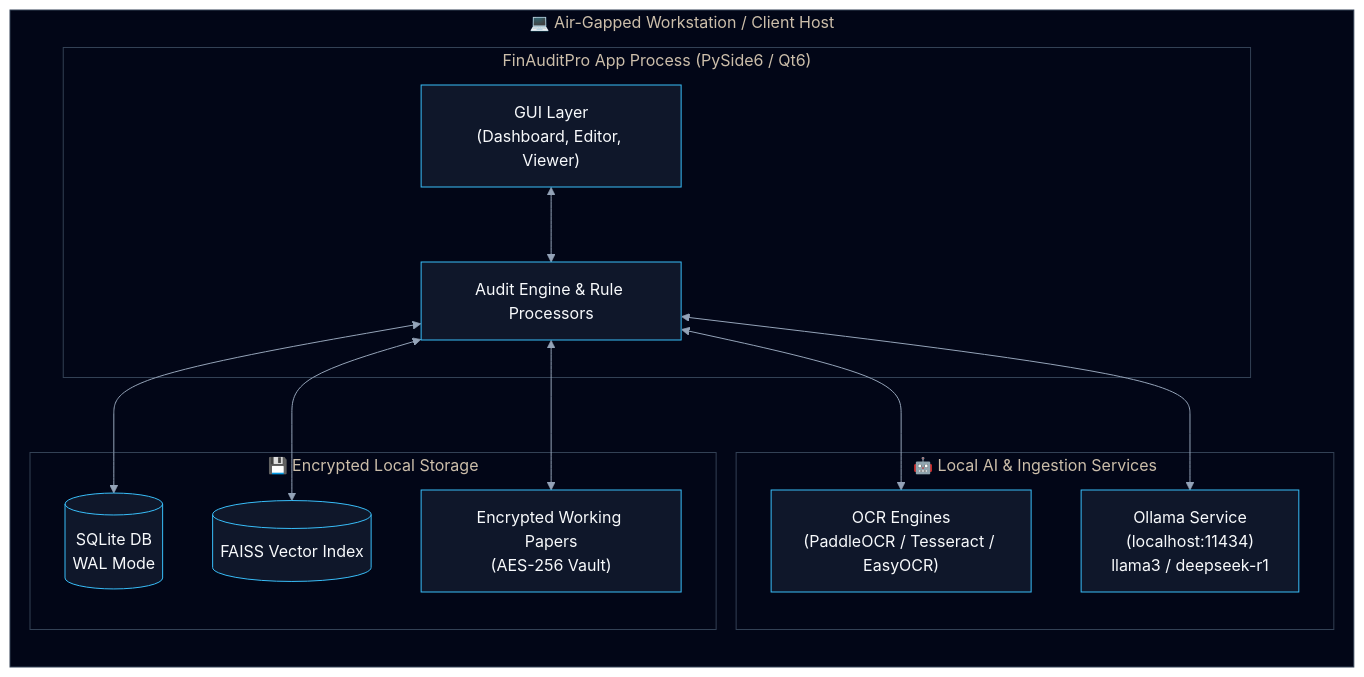
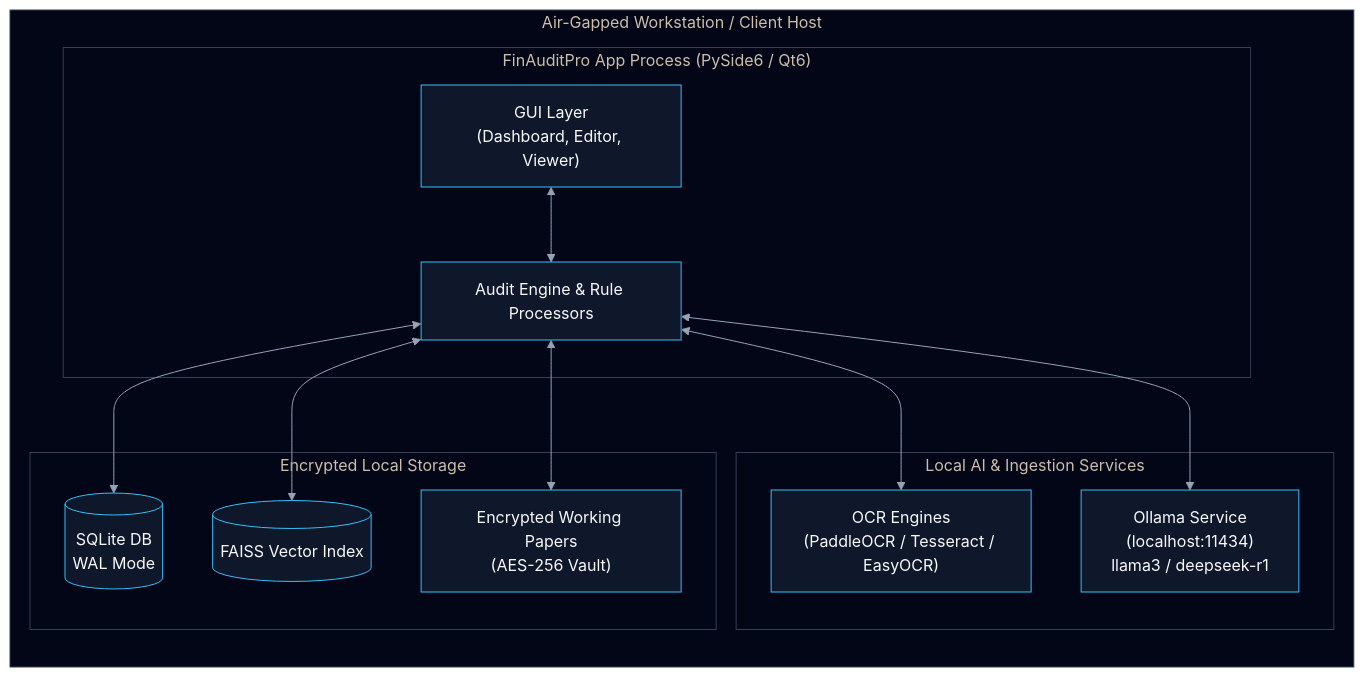
One commit to Coderaryanyadav/FinAuditPro changed the second of 3 diagrams in README.md. Above: the diagram before and after it, drawn with Mermaid. The commit also changed other lines of this file and 22 other files, not shown here.

````diff
--- a/README.md
+++ b/README.md
@@ -149,40 +149,40 @@
 ```mermaid
 %%{init: {
   'theme': 'base',
   'themeVariables': {
     'primaryColor': '#0f172a',
     'primaryTextColor': '#f8fafc',
     'primaryBorderColor': '#38bdf8',
     'lineColor': '#94a3b8',
     'secondaryColor': '#1e293b',
     'tertiaryColor': '#334155',
     'clusterBkg': '#020617',
     'clusterBorder': '#334155'
   }
 }}%%
 flowchart LR
-    subgraph ClientHost["💻 Air-Gapped Workstation / Client Host"]
+    subgraph ClientHost[" Air-Gapped Workstation / Client Host"]
         subgraph AppProcess["FinAuditPro App Process (PySide6 / Qt6)"]
             UI_Layer["GUI Layer\n(Dashboard, Editor, Viewer)"]
             Core_Engine["Audit Engine & Rule Processors"]
         end
 
-        subgraph LocalAI["🤖 Local AI & Ingestion Services"]
+        subgraph LocalAI[" Local AI & Ingestion Services"]
             OllamaDaemon["Ollama Service\n(localhost:11434)\nllama3 / deepseek-r1"]
             OCREngines["OCR Engines\n(PaddleOCR / Tesseract / EasyOCR)"]
         end
 
-        subgraph Storage["💾 Encrypted Local Storage"]
+        subgraph Storage[" Encrypted Local Storage"]
             DB[(SQLite DB\nWAL Mode)]
             FAISS_Store[(FAISS Vector Index)]
             AuditVault["Encrypted Working Papers\n(AES-256 Vault)"]
         end
     end
 
     UI_Layer <--> Core_Engine
     Core_Engine <--> OCREngines
     Core_Engine <--> OllamaDaemon
     Core_Engine <--> DB
     Core_Engine <--> FAISS_Store
     Core_Engine <--> AuditVault
 ```
````
